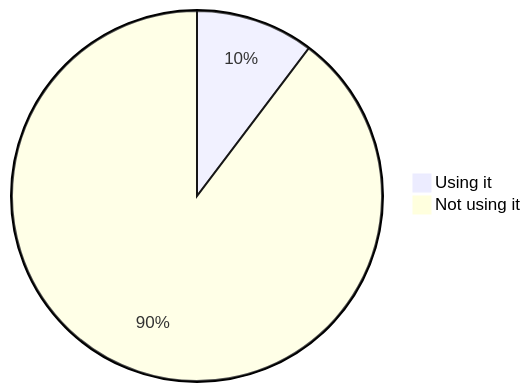
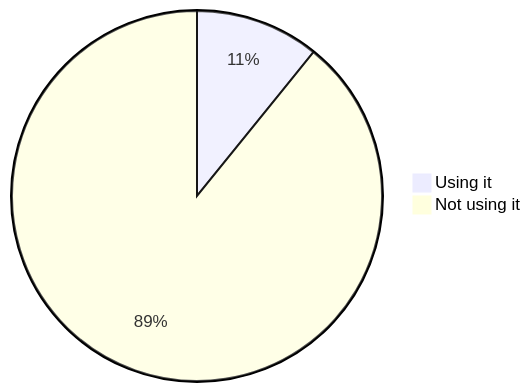
Diagram 13 of 22 in stats.md (oshp/oshp-stats), drawn with Mermaid before and after one commit. The commit also changed other lines of this file, not shown here.

````diff
--- a/stats.md
+++ b/stats.md
@@ -154,6 +154,6 @@
 ```mermaid
 pie
-	"Using it" : 10.31
-	"Not using it" : 89.69
+	"Using it" : 10.83
+	"Not using it" : 89.17
 
 ```
````
